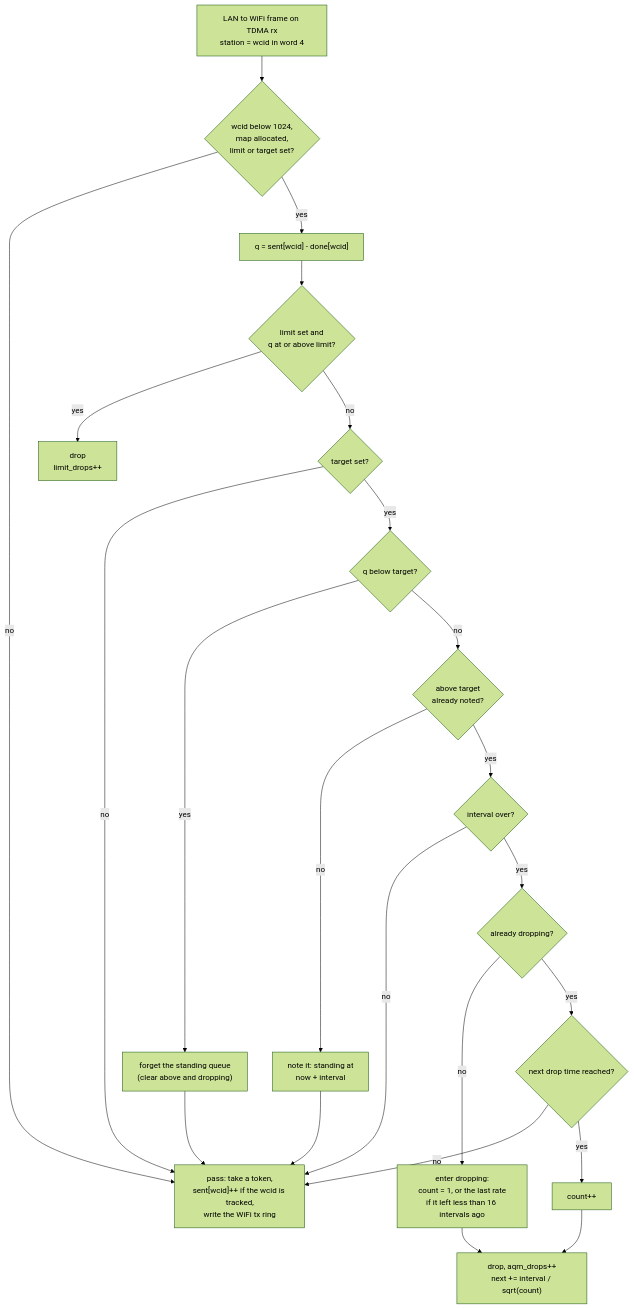
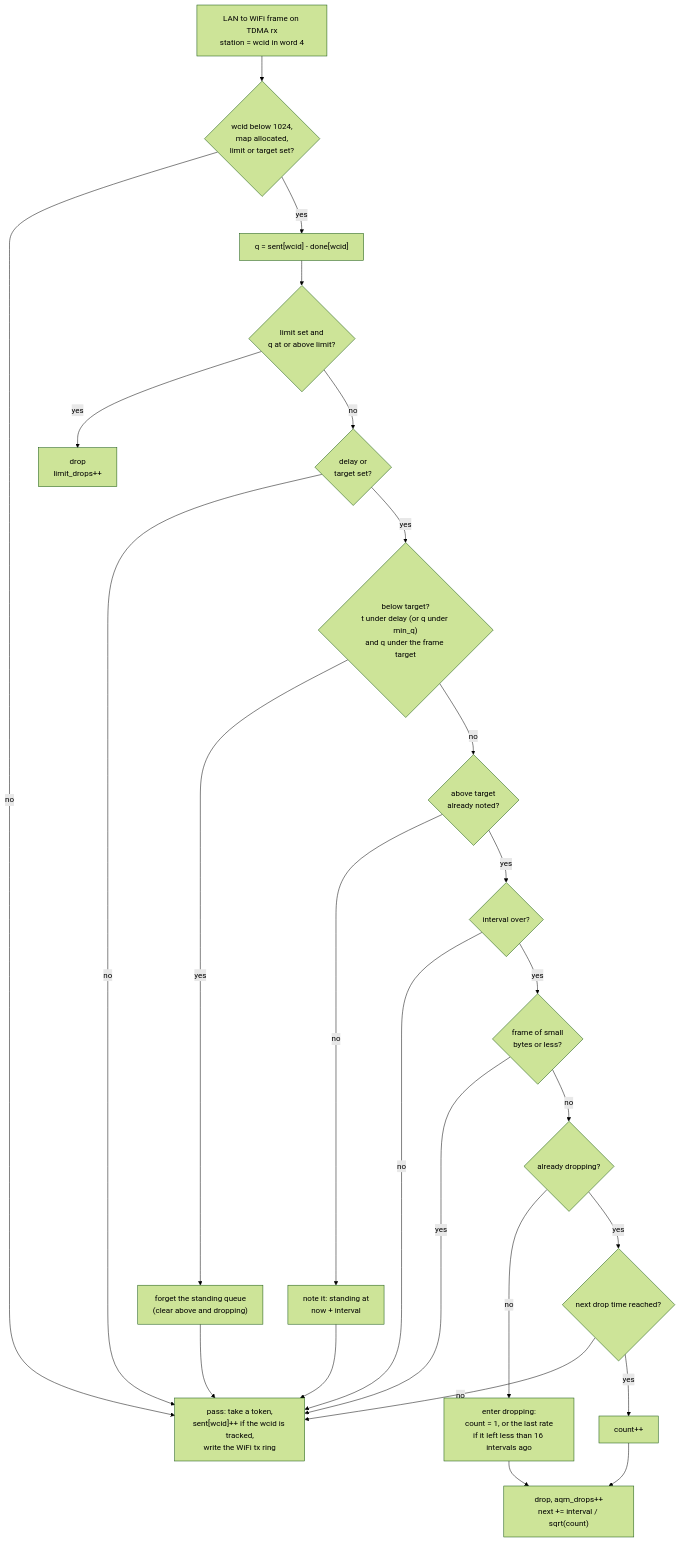
Before and after one commit to ClankerConstruction/ClankerNPU: the first of 7 diagrams in docs/sta-qlimit.md, drawn with Mermaid (forest theme). The commit also changed other lines of this file and 8 other files, not shown here.

````diff
--- a/docs/sta-qlimit.md
+++ b/docs/sta-qlimit.md
@@ -40,21 +53,23 @@
 ```mermaid
 flowchart TD
   F["LAN to WiFi frame on TDMA rx<br/>station = wcid in word 4"] --> T{"wcid below 1024,<br/>map allocated,<br/>limit or target set?"}
   T -- no --> P["pass: take a token,<br/>sent[wcid]++ if the wcid is tracked,<br/>write the WiFi tx ring"]
   T -- yes --> Q["q = sent[wcid] - done[wcid]"]
   Q --> L{"limit set and<br/>q at or above limit?"}
   L -- yes --> DL["drop<br/>limit_drops++"]
-  L -- no --> TG{"target set?"}
+  L -- no --> TG{"delay or<br/>target set?"}
   TG -- no --> P
-  TG -- yes --> B{"q below target?"}
+  TG -- yes --> B{"below target?<br/>t under delay (or q under min_q)<br/>and q under the frame target"}
   B -- yes --> R["forget the standing queue<br/>(clear above and dropping)"] --> P
   B -- no --> A{"above target<br/>already noted?"}
   A -- no --> S["note it: standing at<br/>now + interval"] --> P
   A -- yes --> W{"interval over?"}
   W -- no --> P
-  W -- yes --> DS{"already dropping?"}
+  W -- yes --> SM{"frame of small<br/>bytes or less?"}
+  SM -- yes --> P
+  SM -- no --> DS{"already dropping?"}
   DS -- no --> E["enter dropping:<br/>count = 1, or the last rate<br/>if it left less than 16 intervals ago"] --> DA
   DS -- yes --> N{"next drop time reached?"}
   N -- no --> P
   N -- yes --> C["count++"] --> DA["drop, aqm_drops++<br/>next += interval / sqrt(count)"]
 ```
````
